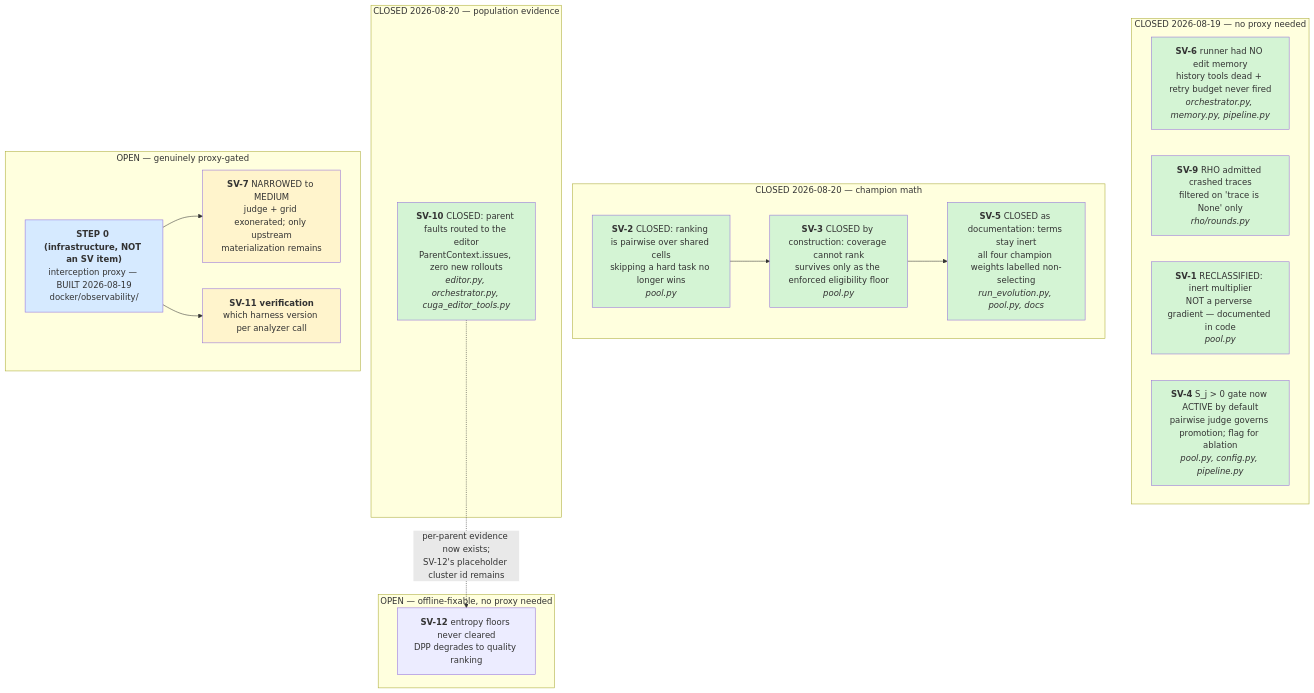
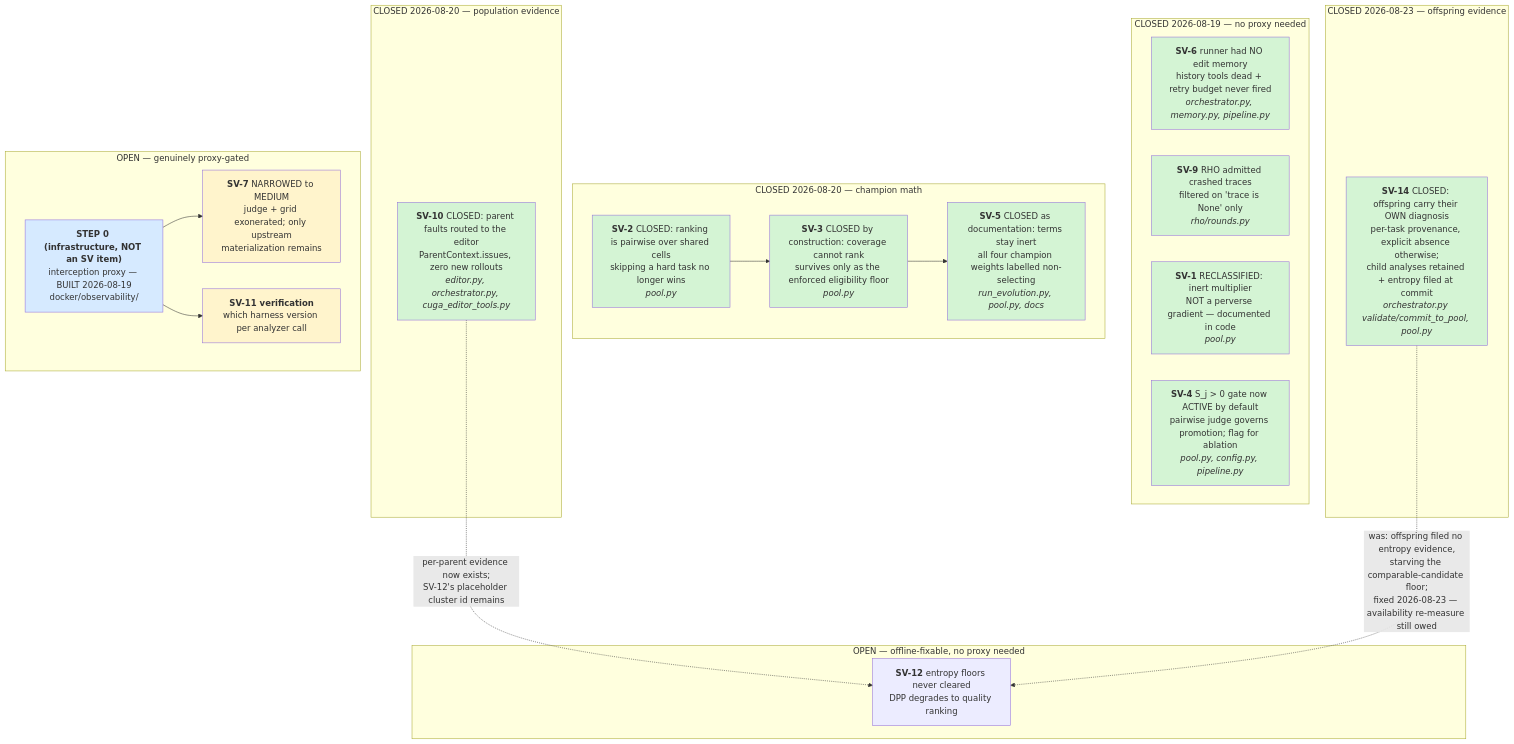
One commit to one-little-step/AgentEvolve changed the first of 2 diagrams in docs/SEVERE-OPEN-ISSUES.md. Above: the diagram before and after it, drawn with Mermaid. The commit also changed other lines of this file and 26 other files, not shown here.

````diff
--- a/docs/SEVERE-OPEN-ISSUES.md
+++ b/docs/SEVERE-OPEN-ISSUES.md
@@ -116,46 +131,52 @@
 ```mermaid
 flowchart TB
     subgraph DONE["CLOSED 2026-08-19 — no proxy needed"]
         F["<b>SV-6</b> runner had NO edit memory<br/>history tools dead + retry budget never fired<br/><i>orchestrator.py, memory.py, pipeline.py</i>"]
         N["<b>SV-9</b> RHO admitted crashed traces<br/>filtered on 'trace is None' only<br/><i>rho/rounds.py</i>"]
         A["<b>SV-1</b> RECLASSIFIED: inert multiplier<br/>NOT a perverse gradient — documented in code<br/><i>pool.py</i>"]
         D["<b>SV-4</b> S_j &gt; 0 gate now ACTIVE by default<br/>pairwise judge governs promotion; flag for ablation<br/><i>pool.py, config.py, pipeline.py</i>"]
     end
 
     subgraph DONE2["CLOSED 2026-08-20 — champion math"]
         B["<b>SV-2</b> CLOSED: ranking is pairwise over shared cells<br/>skipping a hard task no longer wins<br/><i>pool.py</i>"]
         C["<b>SV-3</b> CLOSED by construction: coverage cannot rank<br/>survives only as the enforced eligibility floor<br/><i>pool.py</i>"]
         E["<b>SV-5</b> CLOSED as documentation: terms stay inert<br/>all four champion weights labelled non-selecting<br/><i>run_evolution.py, pool.py, docs</i>"]
     end
 
     subgraph DONE3["CLOSED 2026-08-20 — population evidence"]
         R3["<b>SV-10</b> CLOSED: parent faults routed to the editor<br/>ParentContext.issues, zero new rollouts<br/><i>editor.py, orchestrator.py, cuga_editor_tools.py</i>"]
     end
 
+    subgraph DONE4["CLOSED 2026-08-23 — offspring evidence"]
+        R4["<b>SV-14</b> CLOSED: offspring carry their OWN diagnosis<br/>per-task provenance, explicit absence otherwise;<br/>child analyses retained + entropy filed at commit<br/><i>orchestrator.py validate/commit_to_pool, pool.py</i>"]
+    end
+
     subgraph OFFLINE["OPEN — offline-fixable, no proxy needed"]
         R2["<b>SV-12</b> entropy floors never cleared<br/>DPP degrades to quality ranking"]
     end
 
     subgraph GATED["OPEN — genuinely proxy-gated"]
         P["<b>STEP 0 (infrastructure, NOT an SV item)</b><br/>interception proxy — BUILT 2026-08-19<br/>docker/observability/"]
         G["<b>SV-7</b> NARROWED to MEDIUM<br/>judge + grid exonerated; only upstream<br/>materialization remains"]
         V["<b>SV-11 verification</b><br/>which harness version per analyzer call"]
     end
 
     B --> C --> E
     R3 -.->|"per-parent evidence now exists;<br/>SV-12's placeholder cluster id remains"| R2
+    R4 -.->|"was: offspring filed no entropy evidence,<br/>starving the comparable-candidate floor;<br/>fixed 2026-08-23 — availability re-measure still owed"| R2
     P --> G
     P --> V
 
     style F fill:#d4f4d4
     style N fill:#d4f4d4
     style A fill:#d4f4d4
     style D fill:#d4f4d4
     style B fill:#d4f4d4
     style C fill:#d4f4d4
     style E fill:#d4f4d4
     style R3 fill:#d4f4d4
     style G fill:#fff4cc
     style V fill:#fff4cc
+    style R4 fill:#d4f4d4
     style P fill:#d6eaff
 ```
````
